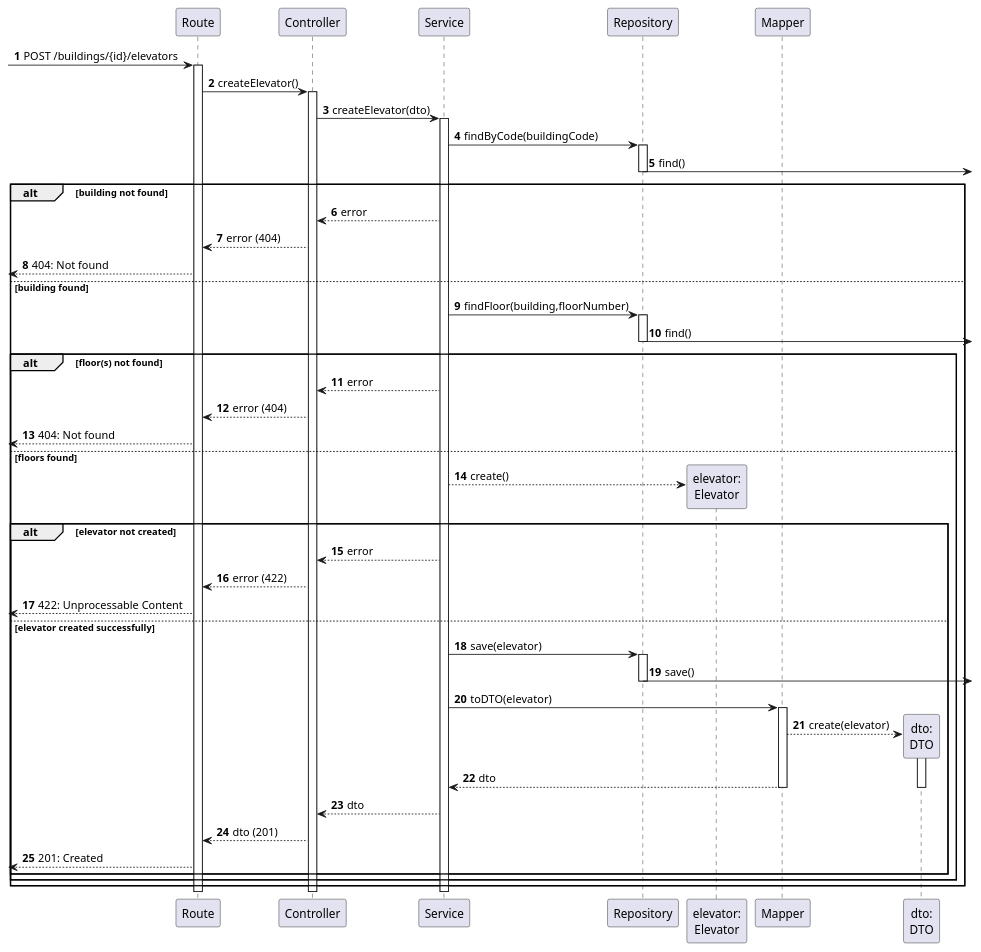
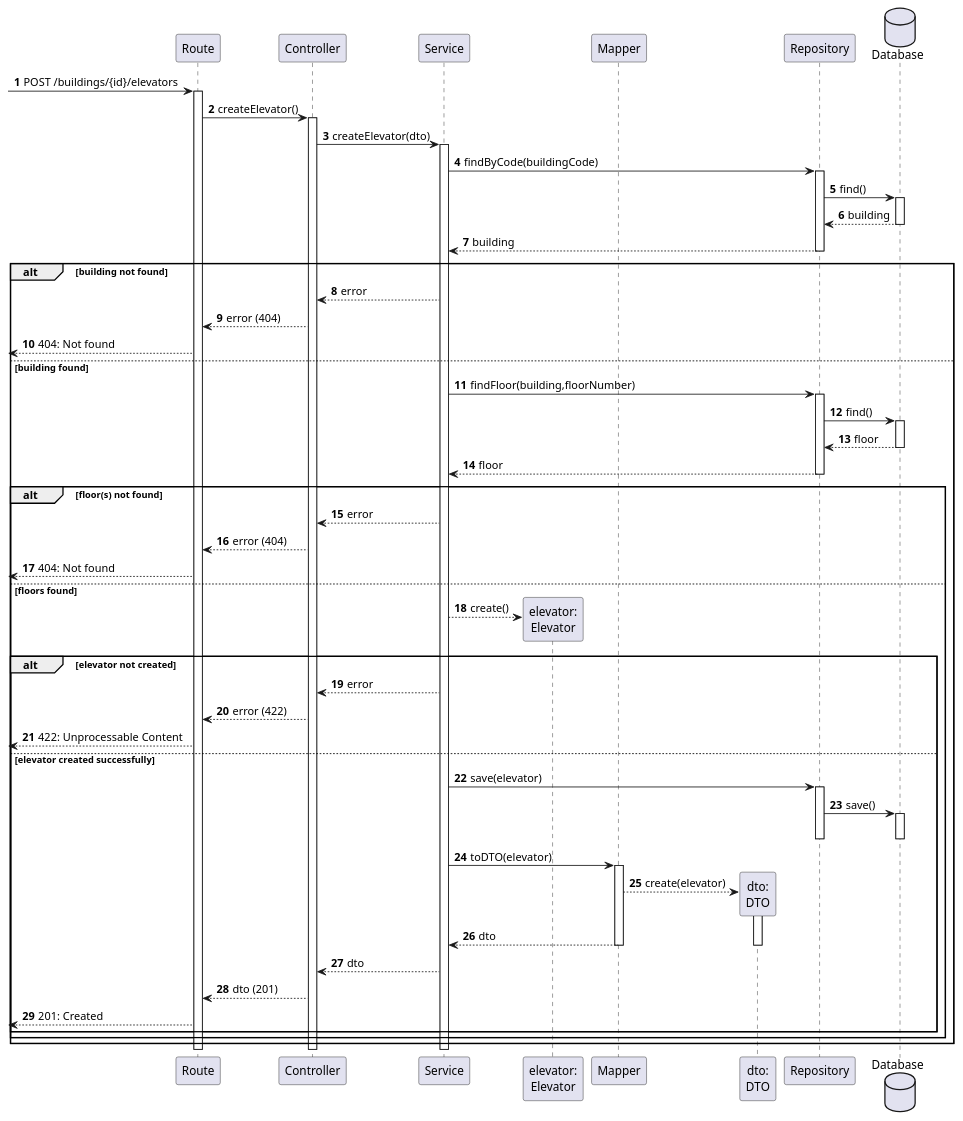
One commit to Departamento-de-Engenharia-Informatica/lapr5-23-24-g19 changed the diagram in docs/us270/level3/process-view.puml. Above: the diagram before and after it, drawn with PlantUML. The commit also changed 5 other files, not shown here.

```diff
--- a/docs/us270/level3/process-view.puml
+++ b/docs/us270/level3/process-view.puml
@@ -1,77 +1,90 @@
 @startuml
 autonumber
 
 participant "Route" as r
 participant "Controller" as ctrl
 participant "Service" as svc
 participant "Repository" as repo
 
 participant "elevator:\nElevator" as elevator
 participant "Mapper" as map
 participant "dto:\nDTO" as dto
+participant "Repository" as repo
+
+database "Database" as db
 
 
 [-> r : POST /buildings/{id}/elevators
 activate r
 
     r -> ctrl : createElevator()
     activate ctrl
 
         ctrl -> svc : createElevator(dto)
         activate svc
 
             svc -> repo : findByCode(buildingCode)
             activate repo
-                repo ->] : find()
+                repo -> db : find()
+                activate db
+                    db --> repo : building
+                deactivate db
+                repo --> svc : building
             deactivate repo
 
             alt building not found
                 svc --> ctrl : error
                 ctrl --> r : error (404)
                 [<-- r : 404: Not found
             else building found
 
-                svc -> repo: findFloor(building,floorNumber)
+                svc -> repo : findFloor(building,floorNumber)
                 activate repo
-                    repo ->] : find()
+                    repo -> db: find()
+                    activate db
+                        db --> repo : floor
+                    deactivate db
+                    repo --> svc : floor
                 deactivate repo
 
                 alt floor(s) not found
                     svc --> ctrl : error
                     ctrl --> r : error (404)
                     [<-- r : 404: Not found
                 else floors found
                     svc --> elevator **: create()
 
                     ' activate elevator
                     ' deactivate elevator
 
                     alt elevator not created
                         svc --> ctrl : error
                         ctrl --> r : error (422)
                         [<-- r : 422: Unprocessable Content
                     else elevator created successfully
                         svc -> repo : save(elevator)
                         activate repo
-                            repo ->] : save()
+                            repo -> db: save()
+                            activate db
+                            deactivate db
                         deactivate repo
 
                         svc -> map : toDTO(elevator)
                         activate map
                             map --> dto** : create(elevator)
                             activate dto
                                 map --> svc : dto
                             deactivate dto
                         deactivate map
 
                         svc --> ctrl : dto
                         ctrl --> r : dto (201)
                         [<-- r : 201: Created
                     end
                 end
             end
         deactivate svc
     deactivate ctrl
 deactivate r
 
 @enduml
```
